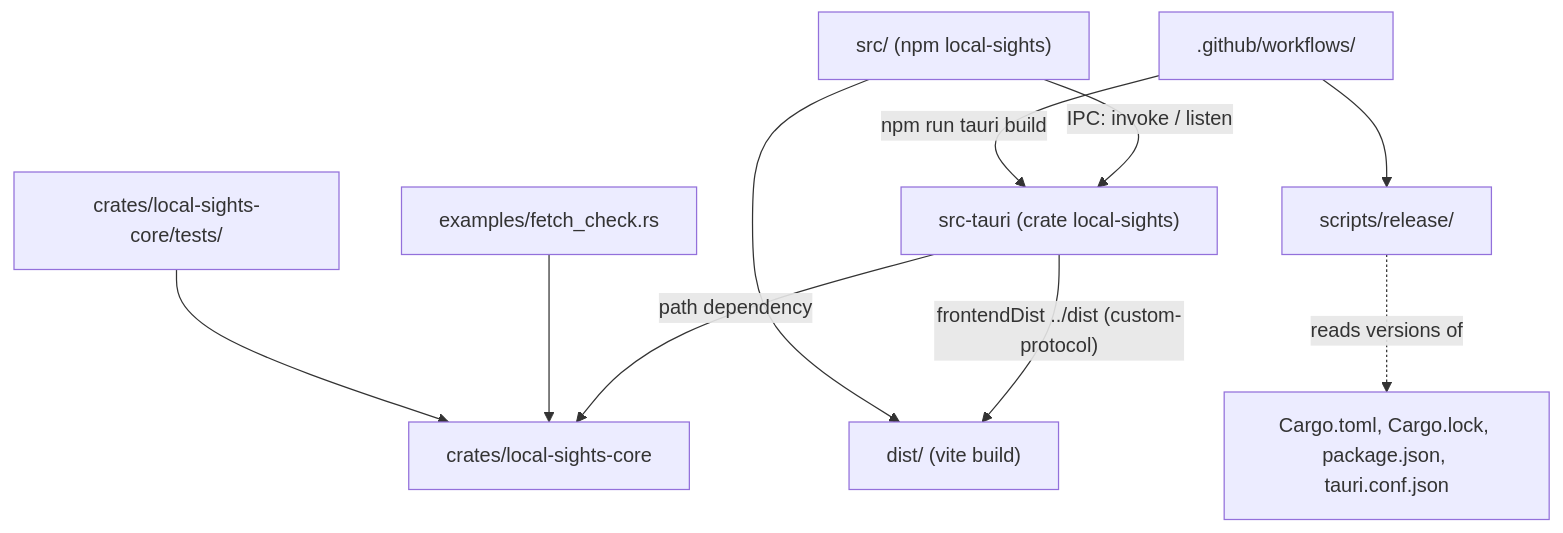
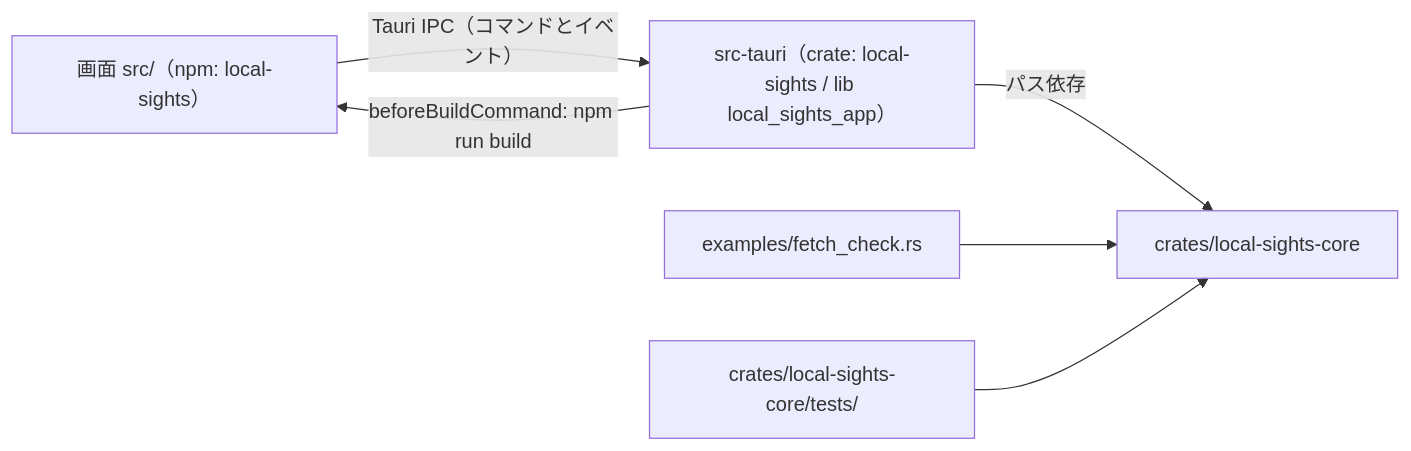
The diagram in aidlc/spaces/default/codekb/local-sights/dependencies.md (kdnakt/local-sights), drawn with Mermaid before and after one commit. The commit also changed other lines of this file and 333 other files, not shown here.

````diff
--- a/aidlc/spaces/default/codekb/local-sights/dependencies.md
+++ b/aidlc/spaces/default/codekb/local-sights/dependencies.md
@@ -64,12 +7,8 @@
 ```mermaid
-flowchart TD
-  Screen["src/ (npm local-sights)"] -- "IPC: invoke / listen" --> TauriApp["src-tauri (crate local-sights)"]
-  TauriApp -- "path dependency" --> Core["crates/local-sights-core"]
+flowchart LR
+  Screen["画面 src/（npm: local-sights）"] -- "Tauri IPC（コマンドとイベント）" --> App["src-tauri（crate: local-sights / lib local_sights_app）"]
+  App -- "パス依存" --> Core["crates/local-sights-core"]
   Example["examples/fetch_check.rs"] --> Core
   Tests["crates/local-sights-core/tests/"] --> Core
-  TauriApp -- "frontendDist ../dist (custom-protocol)" --> Dist["dist/ (vite build)"]
-  Screen --> Dist
-  Scripts["scripts/release/"] -. "reads versions of" .-> Files["Cargo.toml, Cargo.lock, package.json, tauri.conf.json"]
-  Workflows[".github/workflows/"] --> Scripts
-  Workflows -- "npm run tauri build" --> TauriApp
+  App -- "beforeBuildCommand: npm run build" --> Screen
 ```
````
